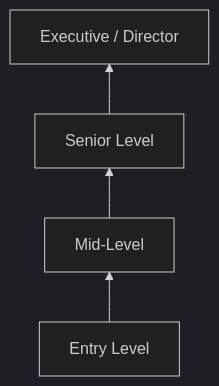
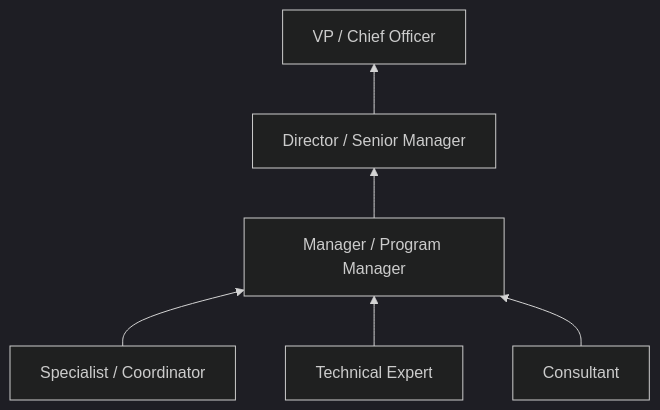
Before and after one commit to kziemski/business.org.ai: the third of 4 diagrams in occupations/Management/Managers.mdx, drawn with Mermaid (dark theme). The commit also changed other lines of this file and 938 other files, not shown here.

````diff
--- a/occupations/Management/Managers.mdx
+++ b/occupations/Management/Managers.mdx
@@ -162,6 +163,9 @@
 ```mermaid
 graph BT
-    Entry["Entry Level"] --> Mid["Mid-Level"]
-    Mid --> Senior["Senior Level"]
-    Senior --> Executive["Executive / Director"]
+    Entry["Specialist / Coordinator"] --> Mid["Manager / Program Manager"]
+    Mid --> Senior["Director / Senior Manager"]
+    Senior --> Executive["VP / Chief Officer"]
+
+    Alt1["Technical Expert"] --> Mid
+    Alt2["Consultant"] --> Mid
 ```
````
